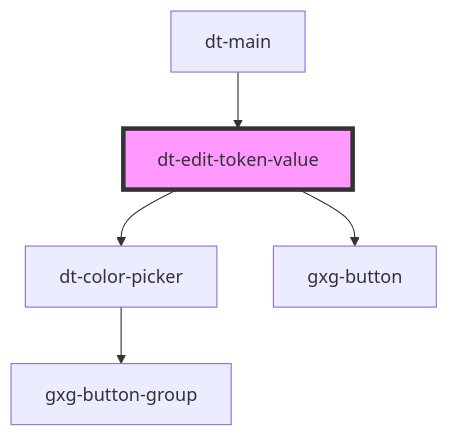
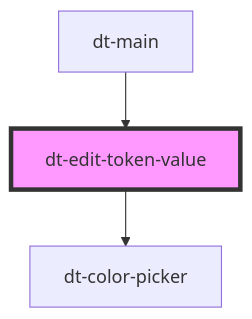
One commit to genexuslabs/design-tokens-editor changed the diagram in src/components/edit-token-value/readme.md. Above: the diagram before and after it, drawn with Mermaid. The commit also changed other lines of this file and 8 other files, not shown here.

````diff
--- a/src/components/edit-token-value/readme.md
+++ b/src/components/edit-token-value/readme.md
@@ -38,8 +37,6 @@
 ```mermaid
 graph TD;
   dt-edit-token-value --> dt-color-picker
-  dt-edit-token-value --> gxg-button
-  dt-color-picker --> gxg-button-group
   dt-main --> dt-edit-token-value
   style dt-edit-token-value fill:#f9f,stroke:#333,stroke-width:4px
 ```
````
